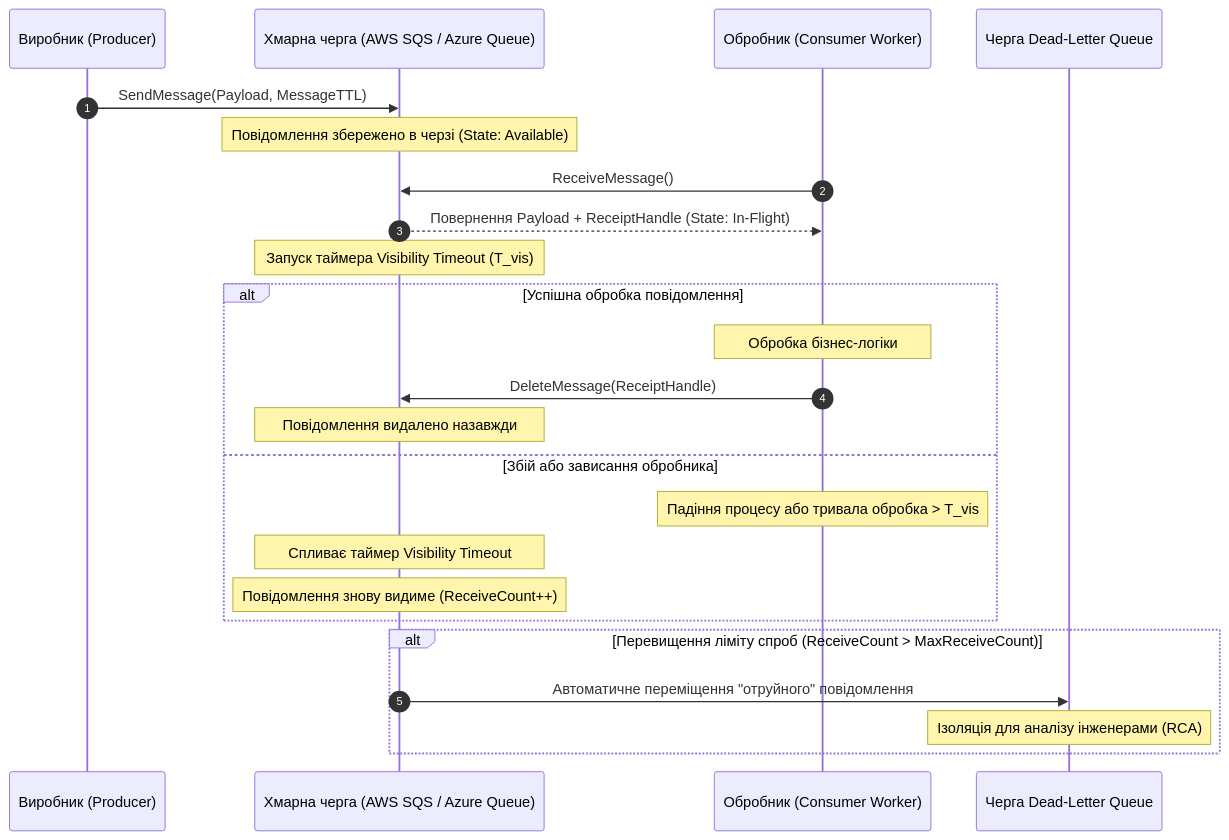
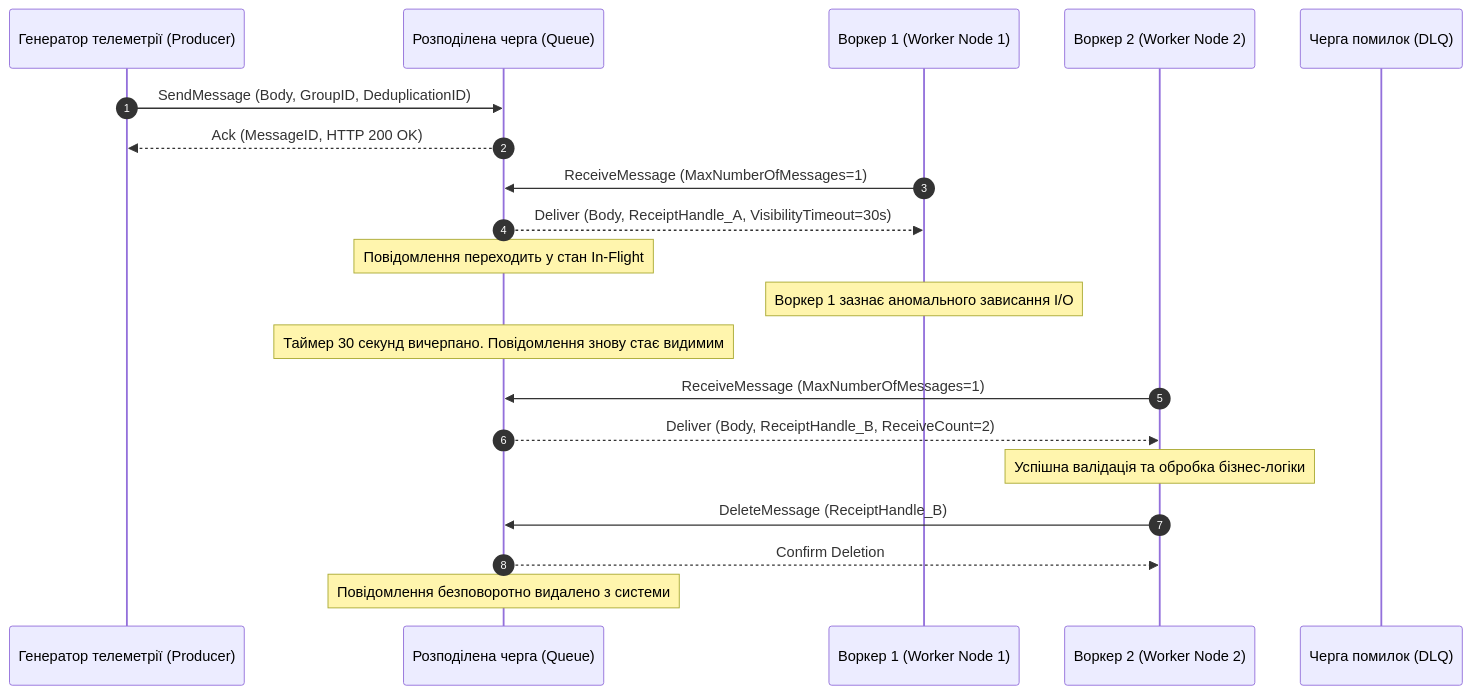
Before and after one commit to KyryloVadurin/cloud-technologies: the third of 5 diagrams in docs/lk/lk4.md, drawn with Mermaid. The commit also changed other lines of this file, not shown here.

````diff
--- a/docs/lk/lk4.md
+++ b/docs/lk/lk4.md
@@ -86,30 +208,23 @@
 ```mermaid
 sequenceDiagram
     autonumber
-    participant Prod as Виробник (Producer)
-    participant Queue as Хмарна черга (AWS SQS / Azure Queue)
-    participant Cons as Обробник (Consumer Worker)
-    participant DLQ as Черга Dead-Letter Queue
+    participant P as Генератор телеметрії (Producer)
+    participant Q as Розподілена черга (Queue)
+    participant W1 as Воркер 1 (Worker Node 1)
+    participant W2 as Воркер 2 (Worker Node 2)
+    participant DLQ as Черга помилок (DLQ)
 
-    Prod->>Queue: SendMessage(Payload, MessageTTL)
-    Note over Queue: Повідомлення збережено в черзі (State: Available)
-    
-    Cons->>Queue: ReceiveMessage()
-    Queue-->>Cons: Повернення Payload + ReceiptHandle (State: In-Flight)
-    Note over Queue: Запуск таймера Visibility Timeout (T_vis)
-    
-    alt Успішна обробка повідомлення
-        Note over Cons: Обробка бізнес-логіки
-        Cons->>Queue: DeleteMessage(ReceiptHandle)
-        Note over Queue: Повідомлення видалено назавжди
-    else Збій або зависання обробника
-        Note over Cons: Падіння процесу або тривала обробка > T_vis
-        Note over Queue: Спливає таймер Visibility Timeout
-        Note over Queue: Повідомлення знову видиме (ReceiveCount++)
-    end
-    
-    alt Перевищення ліміту спроб (ReceiveCount > MaxReceiveCount)
-        Queue->>DLQ: Автоматичне переміщення "отруйного" повідомлення
-        Note over DLQ: Ізоляція для аналізу інженерами (RCA)
-    end
+    P->>Q: SendMessage (Body, GroupID, DeduplicationID)
+    Q-->>P: Ack (MessageID, HTTP 200 OK)
+    W1->>Q: ReceiveMessage (MaxNumberOfMessages=1)
+    Q-->>W1: Deliver (Body, ReceiptHandle_A, VisibilityTimeout=30s)
+    Note over Q: Повідомлення переходить у стан In-Flight
+    Note over W1: Воркер 1 зазнає аномального зависання I/O
+    Note over Q: Таймер 30 секунд вичерпано. Повідомлення знову стає видимим
+    W2->>Q: ReceiveMessage (MaxNumberOfMessages=1)
+    Q-->>W2: Deliver (Body, ReceiptHandle_B, ReceiveCount=2)
+    Note over W2: Успішна валідація та обробка бізнес-логіки
+    W2->>Q: DeleteMessage (ReceiptHandle_B)
+    Q-->>W2: Confirm Deletion
+    Note over Q: Повідомлення безповоротно видалено з системи
 ```
````
